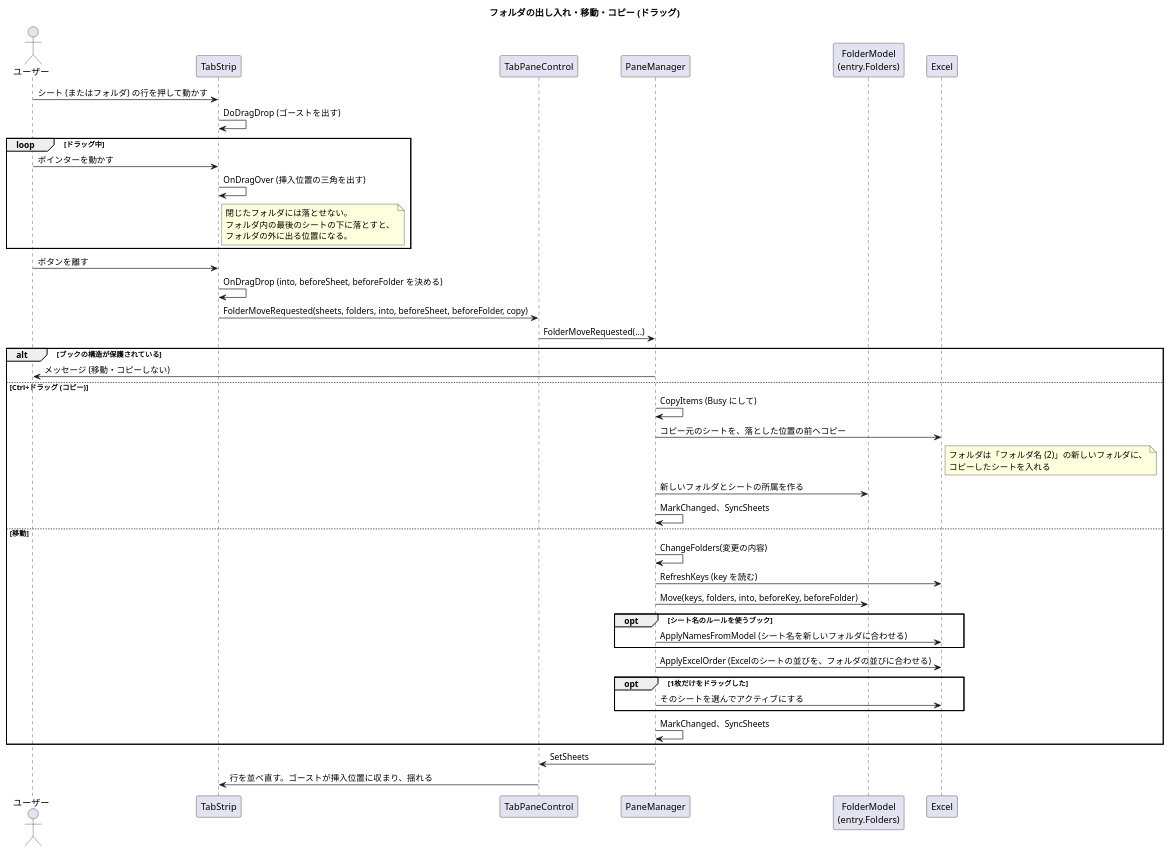
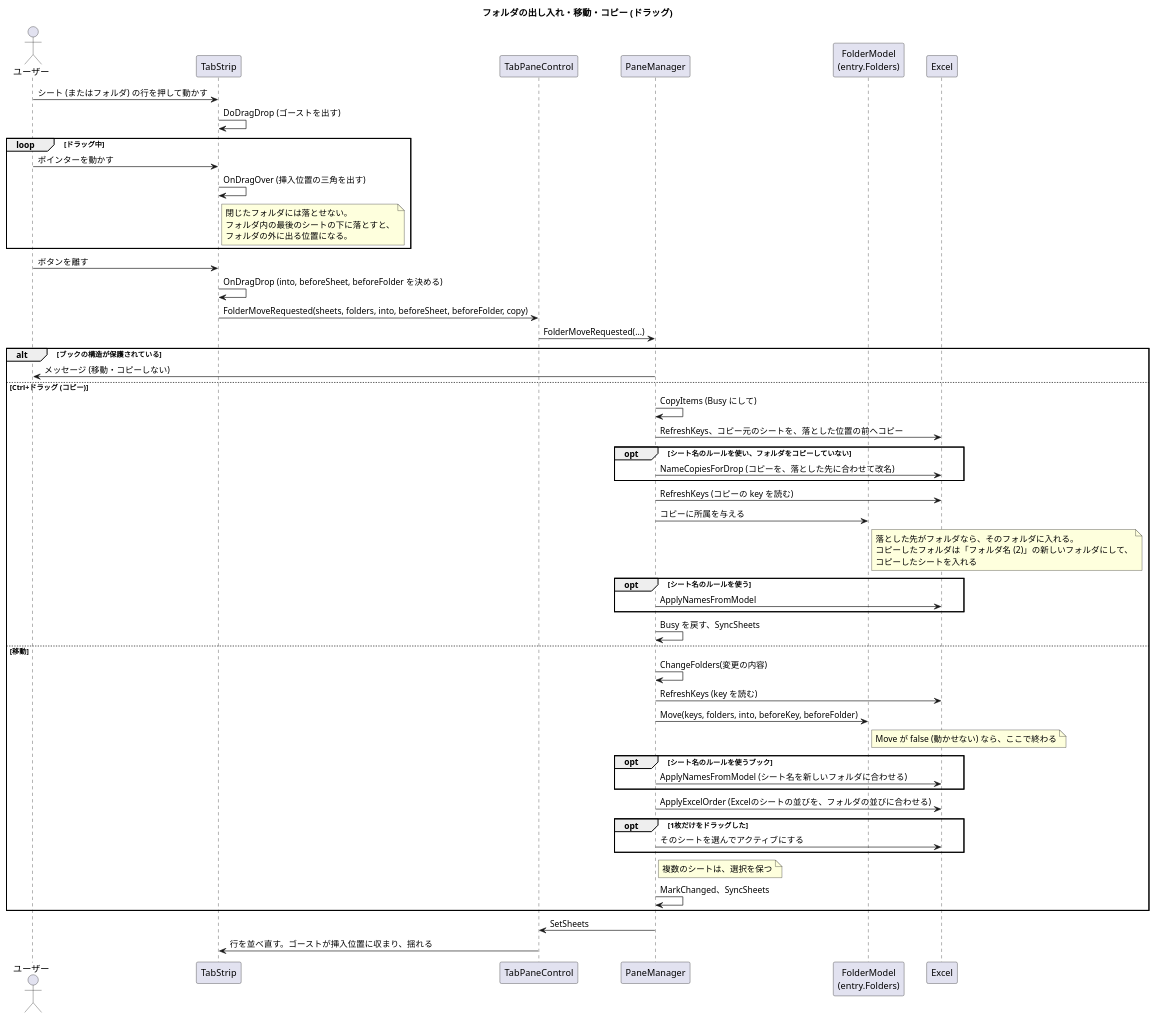
Before and after one commit to nk-taka623/VerticalSheetTabs: the diagram in docs/sequence-folder-drop.puml, drawn with PlantUML. The commit also changed 49 other files, not shown here.

First line of the commit message:
設計図と説明を、実装に合わせて見直す

```diff
--- a/docs/sequence-folder-drop.puml
+++ b/docs/sequence-folder-drop.puml
@@ -1,48 +1,57 @@
 @startuml
 title フォルダの出し入れ・移動・コピー (ドラッグ)
 skinparam shadowing false
 skinparam sequenceMessageAlign left
 
 actor "ユーザー" as U
 participant "TabStrip" as S
 participant "TabPaneControl" as C
 participant "PaneManager" as P
 participant "FolderModel\n(entry.Folders)" as F
 participant "Excel" as XL
 
 U -> S : シート (またはフォルダ) の行を押して動かす
 S -> S : DoDragDrop (ゴーストを出す)
 loop ドラッグ中
   U -> S : ポインターを動かす
   S -> S : OnDragOver (挿入位置の三角を出す)
   note right of S : 閉じたフォルダには落とせない。\nフォルダ内の最後のシートの下に落とすと、\nフォルダの外に出る位置になる。
 end
 U -> S : ボタンを離す
 S -> S : OnDragDrop (into, beforeSheet, beforeFolder を決める)
 S -> C : FolderMoveRequested(sheets, folders, into, beforeSheet, beforeFolder, copy)
 C -> P : FolderMoveRequested(...)
 
 alt ブックの構造が保護されている
   P -> U : メッセージ (移動・コピーしない)
 else Ctrl+ドラッグ (コピー)
   P -> P : CopyItems (Busy にして)
-  P -> XL : コピー元のシートを、落とした位置の前へコピー
-  note right of XL : フォルダは「フォルダ名 (2)」の新しいフォルダに、\nコピーしたシートを入れる
-  P -> F : 新しいフォルダとシートの所属を作る
-  P -> P : MarkChanged、SyncSheets
+  P -> XL : RefreshKeys、コピー元のシートを、落とした位置の前へコピー
+  opt シート名のルールを使い、フォルダをコピーしていない
+    P -> XL : NameCopiesForDrop (コピーを、落とした先に合わせて改名)
+  end
+  P -> XL : RefreshKeys (コピーの key を読む)
+  P -> F : コピーに所属を与える
+  note right of F : 落とした先がフォルダなら、そのフォルダに入れる。\nコピーしたフォルダは「フォルダ名 (2)」の新しいフォルダにして、\nコピーしたシートを入れる
+  opt シート名のルールを使う
+    P -> XL : ApplyNamesFromModel
+  end
+  P -> P : Busy を戻す、SyncSheets
 else 移動
   P -> P : ChangeFolders(変更の内容)
   P -> XL : RefreshKeys (key を読む)
   P -> F : Move(keys, folders, into, beforeKey, beforeFolder)
+  note right of F : Move が false (動かせない) なら、ここで終わる
   opt シート名のルールを使うブック
     P -> XL : ApplyNamesFromModel (シート名を新しいフォルダに合わせる)
   end
   P -> XL : ApplyExcelOrder (Excelのシートの並びを、フォルダの並びに合わせる)
   opt 1枚だけをドラッグした
     P -> XL : そのシートを選んでアクティブにする
   end
+  note right of P : 複数のシートは、選択を保つ
   P -> P : MarkChanged、SyncSheets
 end
 P -> C : SetSheets
 C -> S : 行を並べ直す。ゴーストが挿入位置に収まり、揺れる
 @enduml
```
